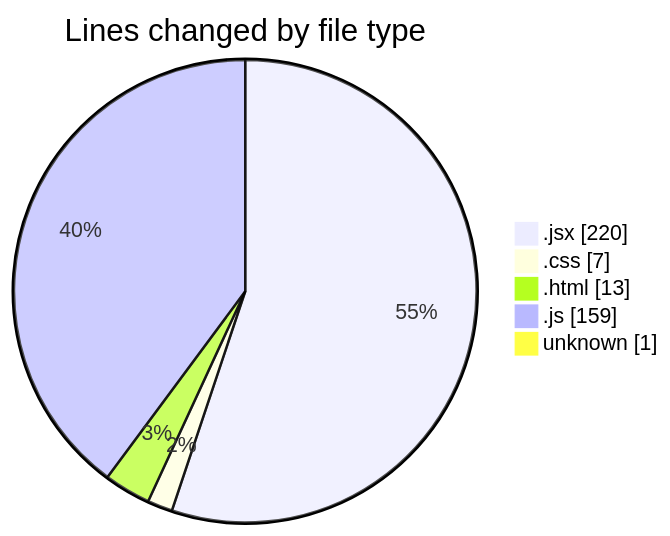
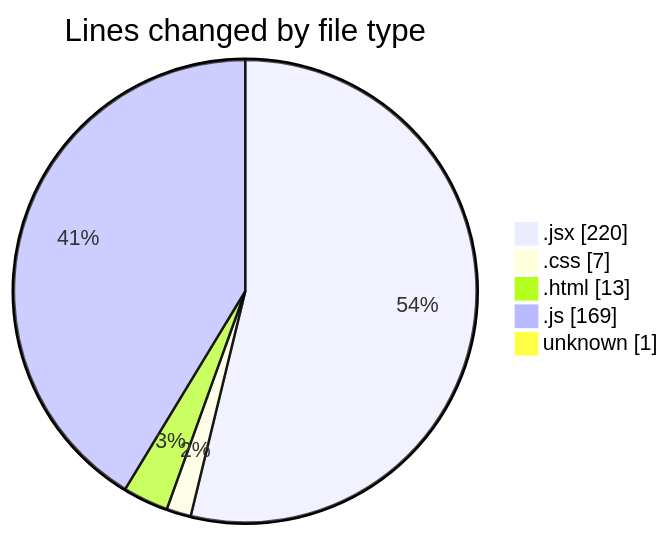
Before and after one commit to Ritupan-Deka/code-tracking: the first of 2 diagrams in 2025-05-29/projects/README.md, drawn with Mermaid. The commit also changed other lines of this file and 1 other file, not shown here.

````diff
--- a/2025-05-29/projects/README.md
+++ b/2025-05-29/projects/README.md
@@ -30,9 +30,9 @@
 ```mermaid
 pie showData
 title Lines changed by file type
 ".jsx" : 220
 ".css" : 7
 ".html" : 13
-".js" : 159
+".js" : 169
 "unknown" : 1
 ```
````
